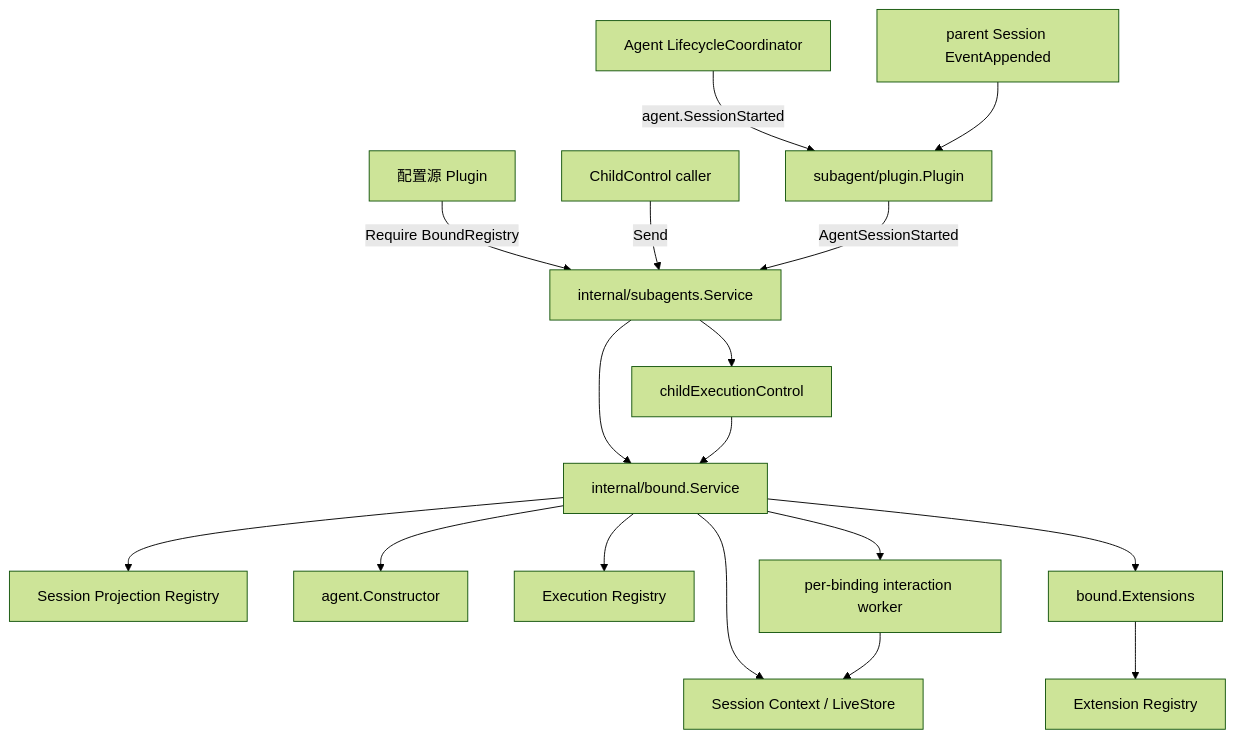
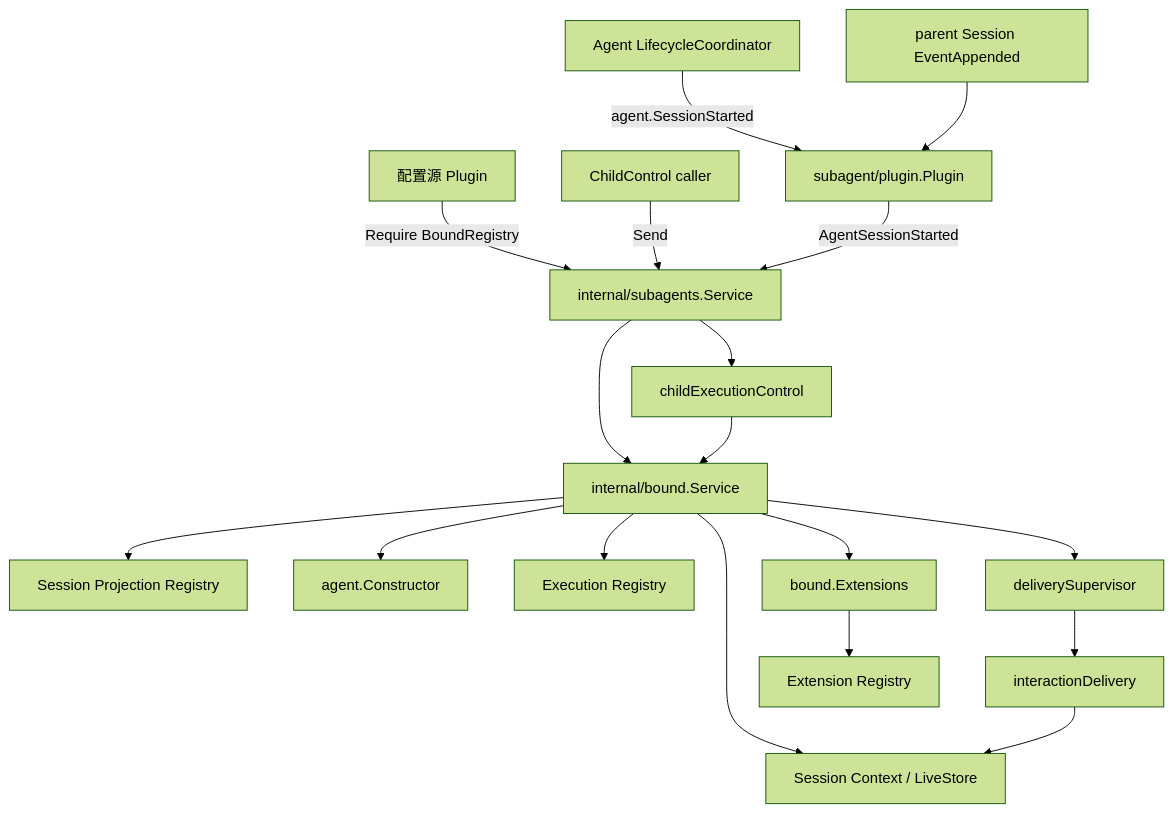
Before and after one commit to gorenx/goren: the first of 4 diagrams in subagent/docs/parent-bound-design.zh-CN.md, drawn with Mermaid (forest theme). The commit also changed other lines of this file and 5 other files, not shown here.

````diff
--- a/subagent/docs/parent-bound-design.zh-CN.md
+++ b/subagent/docs/parent-bound-design.zh-CN.md
@@ -26,19 +27,20 @@
 ```mermaid
 flowchart TD
     Source[配置源 Plugin] -->|Require BoundRegistry| Facade[internal/subagents.Service]
     Lifecycle[Agent LifecycleCoordinator] -->|agent.SessionStarted| Observer[subagent/plugin.Plugin]
     SessionEvent[parent Session EventAppended] --> Observer
     Client[ChildControl caller] -->|Send| Facade
     Observer -->|AgentSessionStarted| Facade
     Facade --> Bound[internal/bound.Service]
     Facade --> Router[childExecutionControl]
     Router --> Bound
     Bound --> Session[Session Context / LiveStore]
     Bound --> Projection[Session Projection Registry]
     Bound --> Constructor[agent.Constructor]
     Bound --> Execution[Execution Registry]
     Bound --> ExtPort[bound.Extensions]
-    Bound --> Worker[per-binding interaction worker]
-    Worker --> Session
+    Bound --> Supervisor[deliverySupervisor]
+    Supervisor --> Delivery[interactionDelivery]
+    Delivery --> Session
     ExtPort --> ExtRegistry[Extension Registry]
 ```
````
